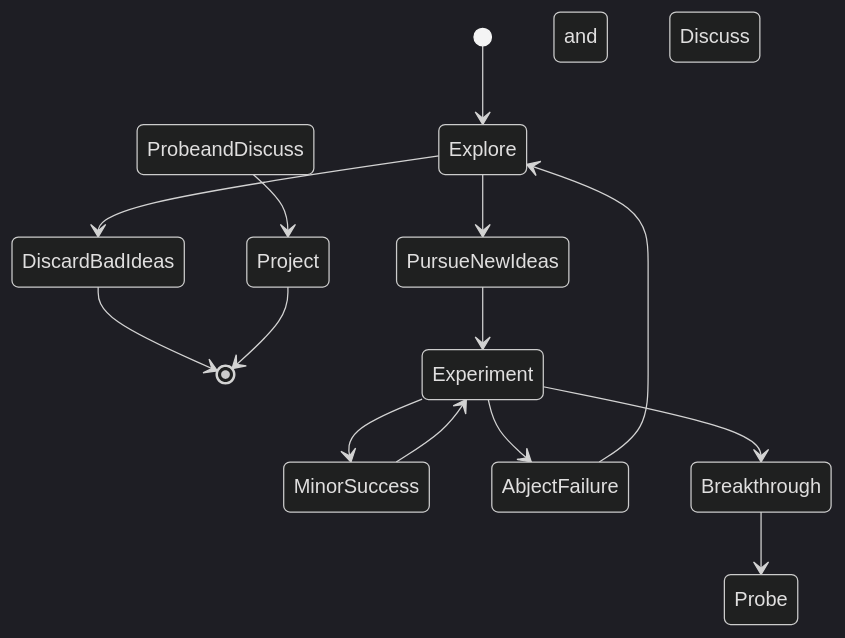
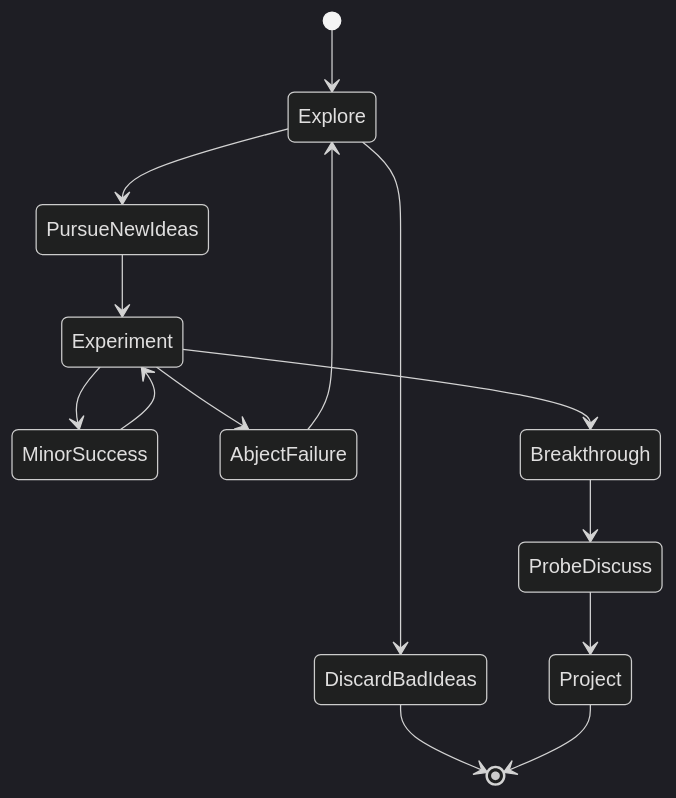
Before and after one commit to feloundou/personal-page: the first of 2 diagrams in content/post/my-first-post.md, drawn with Mermaid (dark theme). The commit also changed other lines of this file, not shown here.

````diff
--- a/content/post/my-first-post.md
+++ b/content/post/my-first-post.md
@@ -12,18 +12,18 @@
 ```mermaid
 stateDiagram
 [*] --> Explore
 Explore --> PursueNewIdeas
 Explore --> DiscardBadIdeas
 DiscardBadIdeas --> [*]
 PursueNewIdeas --> Experiment
 Experiment --> MinorSuccess
 Experiment --> AbjectFailure
 Experiment --> Breakthrough
 AbjectFailure --> Explore
 MinorSuccess --> Experiment
-Breakthrough --> Probe and Discuss
-ProbeandDiscuss --> Project
+Breakthrough --> ProbeDiscuss
+ProbeDiscuss --> Project
 Project --> [*]
 
 
 ```
````
